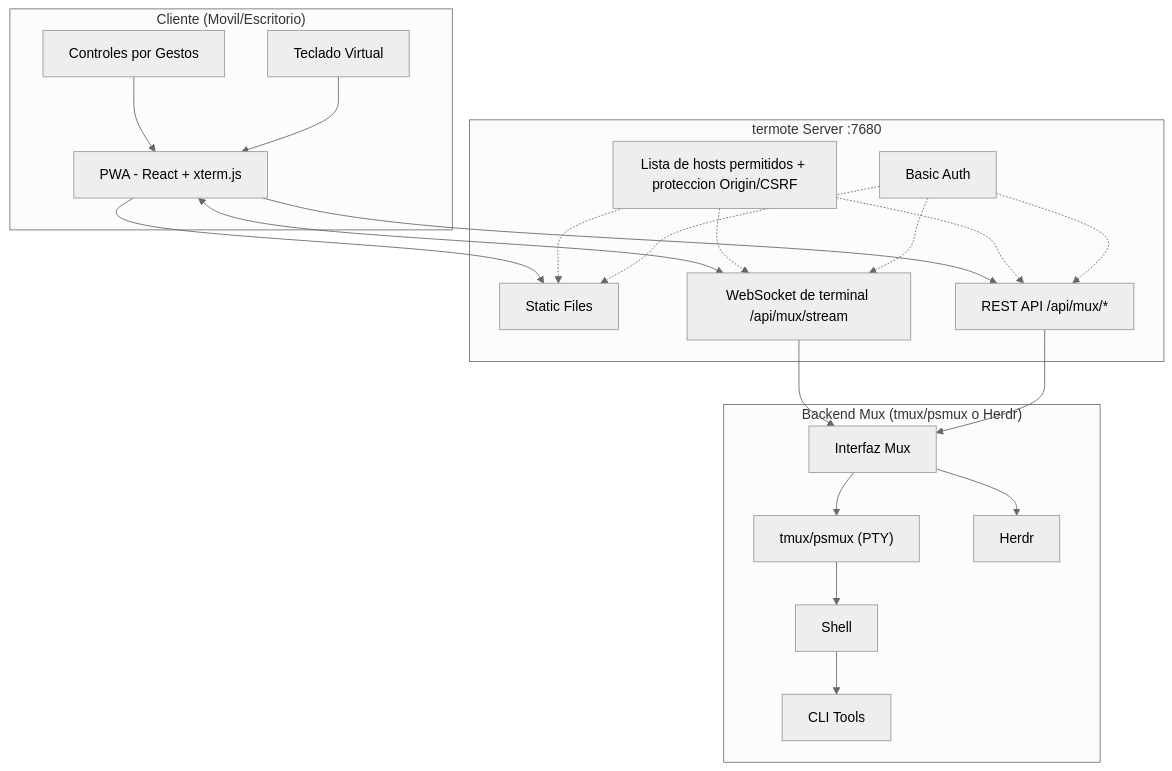
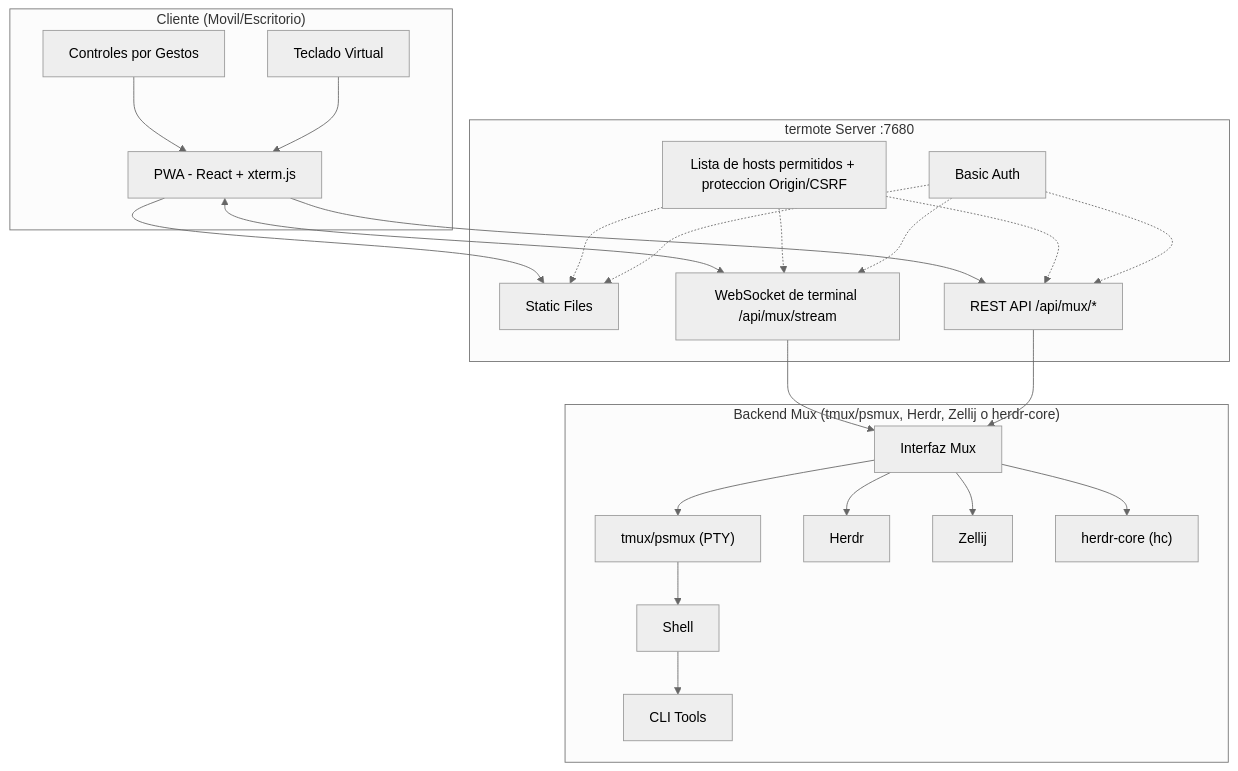
Before and after one commit to lamngockhuong/termote: the first of 2 diagrams in README.es.md, drawn with Mermaid (neutral theme). The commit also changed other lines of this file and 14 other files, not shown here.

````diff
--- a/README.es.md
+++ b/README.es.md
@@ -91,36 +93,38 @@
 ```mermaid
 flowchart TB
     subgraph Client["Cliente (Movil/Escritorio)"]
         PWA["PWA - React + xterm.js"]
         Gestures["Controles por Gestos"]
         Keyboard["Teclado Virtual"]
     end
 
     subgraph Server["termote Server :7680"]
         Static["Static Files"]
         Stream["WebSocket de terminal /api/mux/stream"]
         API["REST API /api/mux/*"]
         Guard["Lista de hosts permitidos + proteccion Origin/CSRF"]
         Auth["Basic Auth"]
     end
 
-    subgraph Backend["Backend Mux (tmux/psmux o Herdr)"]
+    subgraph Backend["Backend Mux (tmux/psmux, Herdr, Zellij o herdr-core)"]
         Mux["Interfaz Mux"]
         tmux["tmux/psmux (PTY)"]
         herdr["Herdr"]
+        zellij["Zellij"]
+        hc["herdr-core (hc)"]
         Shell["Shell"]
         Tools["CLI Tools"]
     end
 
     Gestures --> PWA
     Keyboard --> PWA
     PWA --> Static
     PWA <--> Stream
     PWA --> API
     Guard -.-> Static & Stream & API
     Auth -.-> Static & Stream & API
     Stream --> Mux
     API --> Mux
-    Mux --> tmux & herdr
+    Mux --> tmux & herdr & zellij & hc
     tmux --> Shell --> Tools
 ```
````
